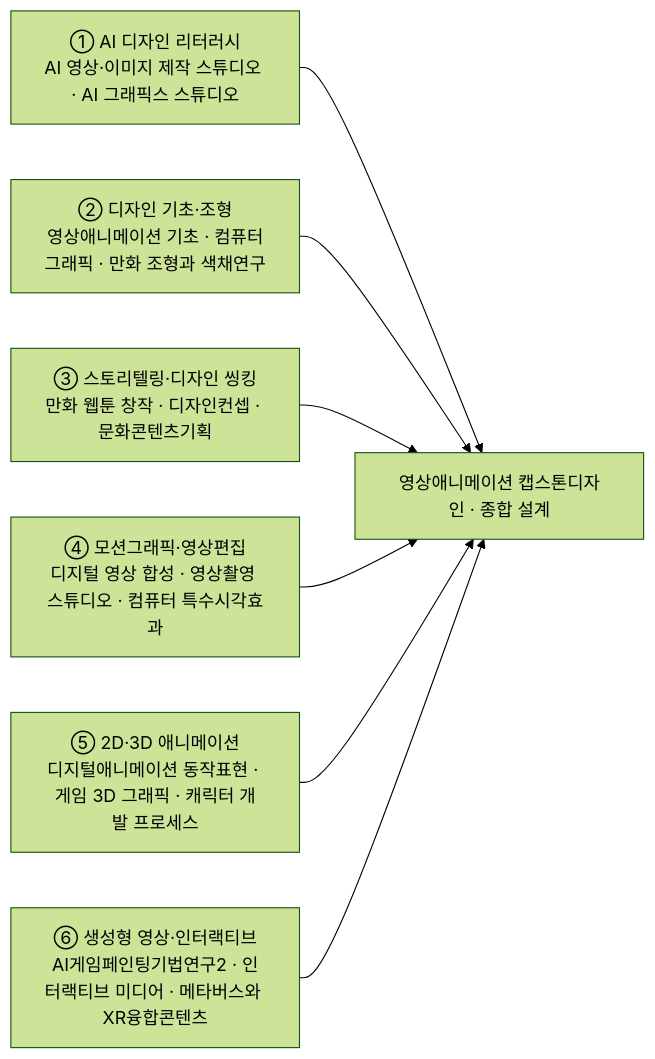
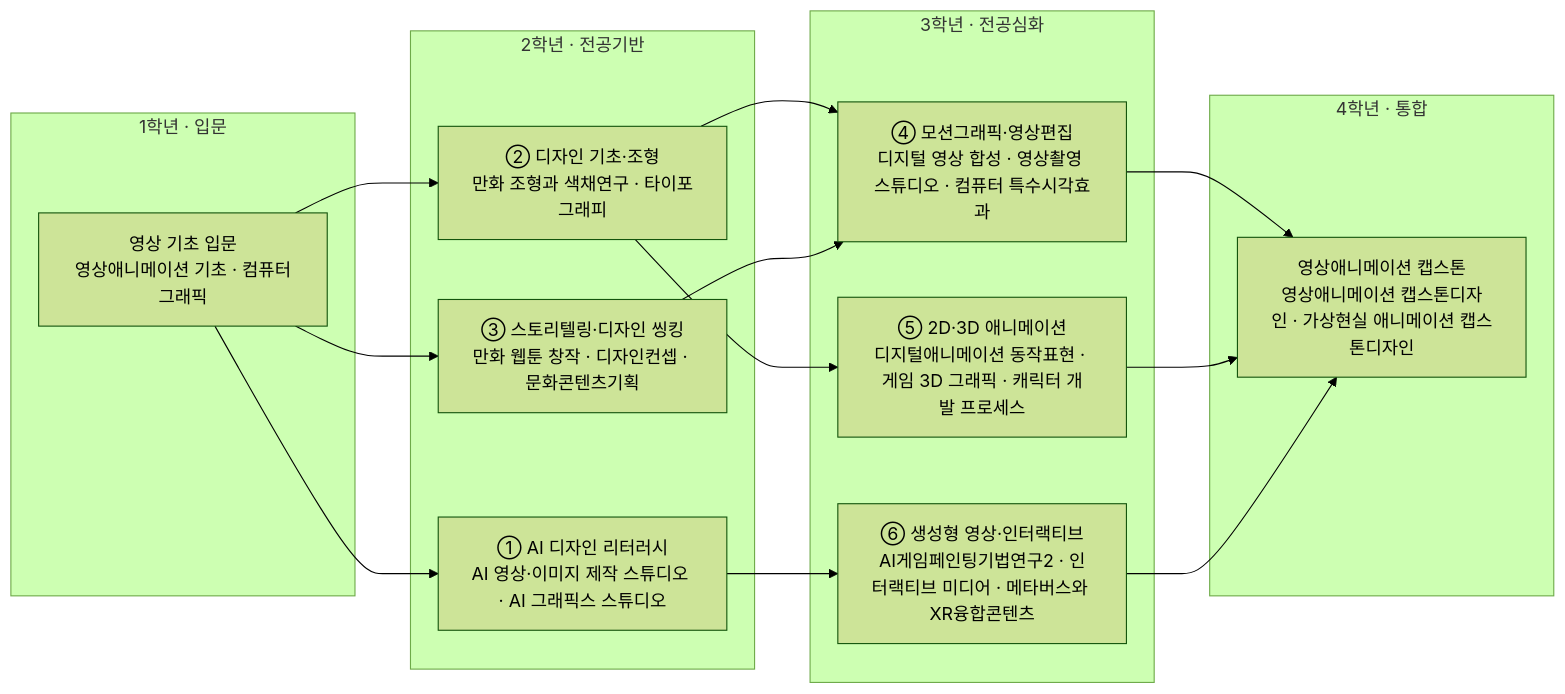
The diagram in docs/design/motion-animation.md (parclab-hsu/ai-curriculum-2026), drawn with Mermaid (forest theme) before and after one commit. The commit also changed other lines of this file and 22 other files, not shown here.

First line of the commit message:
모듈 다이어그램 강화 — 1~4학년 로드맵 + 모듈-역량 매핑 (23개 트랙)

````diff
--- a/docs/design/motion-animation.md
+++ b/docs/design/motion-animation.md
@@ -113,10 +113,29 @@
 ```mermaid
 flowchart LR
-  M1["① AI 디자인 리터러시<br/>AI 영상·이미지 제작 스튜디오 · AI 그래픽스 스튜디오"] --> CAP
-  M2["② 디자인 기초·조형<br/>영상애니메이션 기초 · 컴퓨터그래픽 · 만화 조형과 색채연구"] --> CAP
-  M3["③ 스토리텔링·디자인 씽킹<br/>만화 웹툰 창작 · 디자인컨셉 · 문화콘텐츠기획"] --> CAP
-  M4["④ 모션그래픽·영상편집<br/>디지털 영상 합성 · 영상촬영 스튜디오 · 컴퓨터 특수시각효과"] --> CAP
-  M5["⑤ 2D·3D 애니메이션<br/>디지털애니메이션 동작표현 · 게임 3D 그래픽 · 캐릭터 개발 프로세스"] --> CAP
-  M6["⑥ 생성형 영상·인터랙티브<br/>AI게임페인팅기법연구2 · 인터랙티브 미디어 · 메타버스와 XR융합콘텐츠"] --> CAP
-  CAP["영상애니메이션 캡스톤디자인 · 종합 설계"]
+  subgraph Y1["1학년 · 입문"]
+    A0["영상 기초 입문<br/>영상애니메이션 기초 · 컴퓨터그래픽"]
+  end
+  subgraph Y2["2학년 · 전공기반"]
+    M1["① AI 디자인 리터러시<br/>AI 영상·이미지 제작 스튜디오 · AI 그래픽스 스튜디오"]
+    M2["② 디자인 기초·조형<br/>만화 조형과 색채연구 · 타이포그래피"]
+    M3["③ 스토리텔링·디자인 씽킹<br/>만화 웹툰 창작 · 디자인컨셉 · 문화콘텐츠기획"]
+  end
+  subgraph Y3["3학년 · 전공심화"]
+    M4["④ 모션그래픽·영상편집<br/>디지털 영상 합성 · 영상촬영 스튜디오 · 컴퓨터 특수시각효과"]
+    M5["⑤ 2D·3D 애니메이션<br/>디지털애니메이션 동작표현 · 게임 3D 그래픽 · 캐릭터 개발 프로세스"]
+    M6["⑥ 생성형 영상·인터랙티브<br/>AI게임페인팅기법연구2 · 인터랙티브 미디어 · 메타버스와 XR융합콘텐츠"]
+  end
+  subgraph Y4["4학년 · 통합"]
+    CAP["영상애니메이션 캡스톤<br/>영상애니메이션 캡스톤디자인 · 가상현실 애니메이션 캡스톤디자인"]
+  end
+  A0 --> M1
+  A0 --> M2
+  A0 --> M3
+  M2 --> M4
+  M3 --> M4
+  M2 --> M5
+  M1 --> M6
+  M4 --> CAP
+  M5 --> CAP
+  M6 --> CAP
 ```
````
